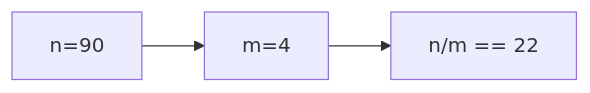
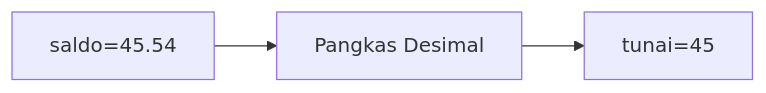
One commit to amnahwaida/OSNK_INF_PREP changed diagram 14 of 25 in part-c-pemahaman-cpp/01-tipe-data/latihan/set-11.md. Above: the diagram before and after it, drawn with Mermaid. The commit also changed other lines of this file and 71 other files, not shown here.

````diff
--- a/part-c-pemahaman-cpp/01-tipe-data/latihan/set-11.md
+++ b/part-c-pemahaman-cpp/01-tipe-data/latihan/set-11.md
@@ -377,5 +393,5 @@
 ```mermaid
 graph LR
-A["n=90"] --> B["m=4"]
-B --> C["n/m == 22"]
+A["saldo=45.54"] --> B["Pangkas Desimal"]
+B --> C["tunai=45"]
 ```
````
